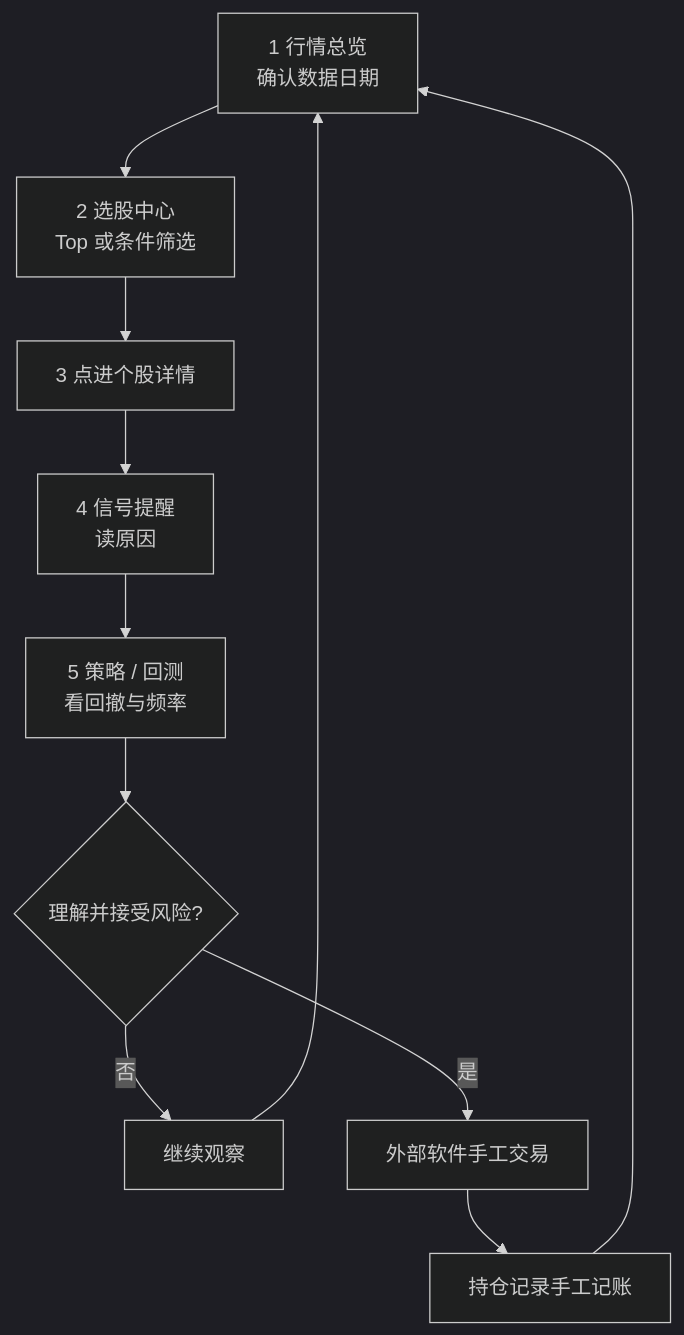
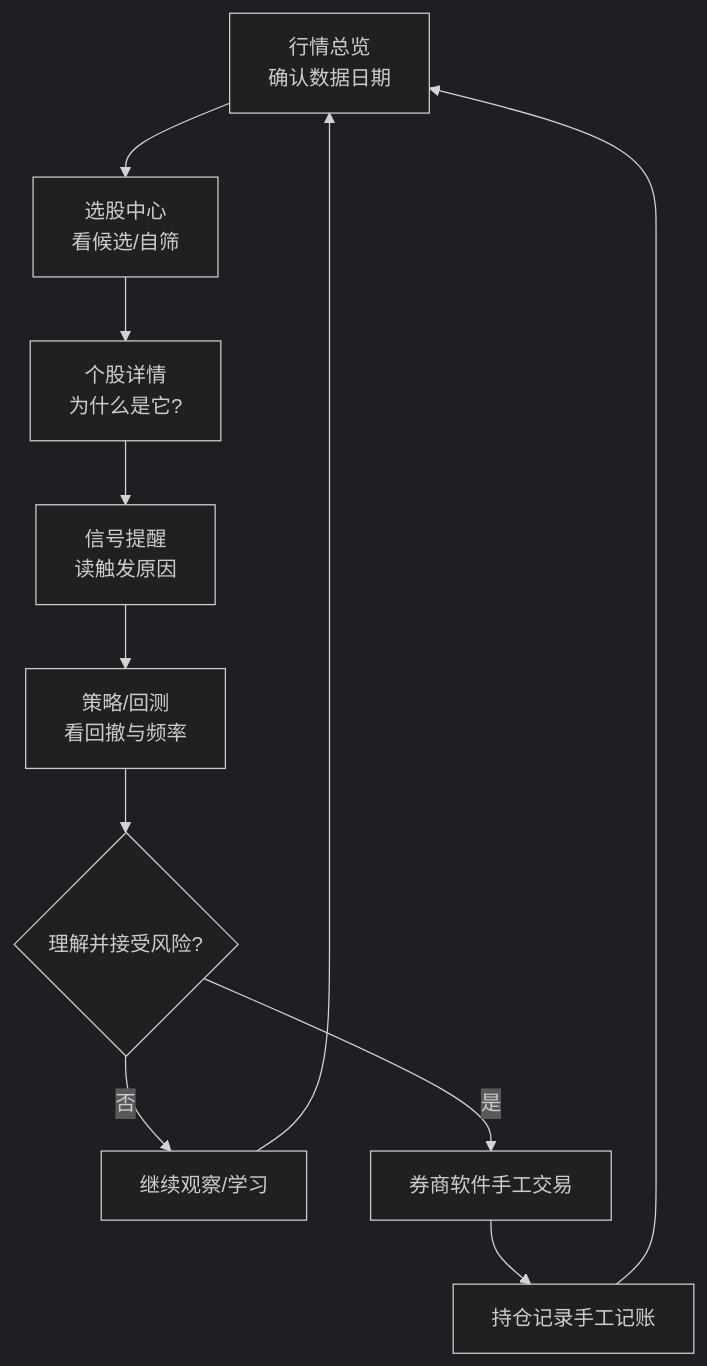
Before and after one commit to hankjs/trace: the fourth of 4 diagrams in quant/slidev/slides.md, drawn with Mermaid (dark theme). The commit also changed other lines of this file, not shown here.

````diff
--- a/quant/slidev/slides.md
+++ b/quant/slidev/slides.md
@@ -741,13 +618,13 @@
 ```mermaid
 flowchart TD
-  A[1 行情总览<br/>确认数据日期] --> B[2 选股中心<br/>Top 或条件筛选]
-  B --> C[3 点进个股详情]
-  C --> D[4 信号提醒<br/>读原因]
-  D --> E[5 策略 / 回测<br/>看回撤与频率]
+  A[行情总览<br/>确认数据日期] --> B[选股中心<br/>看候选/自筛]
+  B --> C[个股详情<br/>为什么是它?]
+  C --> D[信号提醒<br/>读触发原因]
+  D --> E[策略/回测<br/>看回撤与频率]
   E --> F{理解并接受风险?}
-  F -->|否| G[继续观察]
-  F -->|是| H[外部软件手工交易]
+  F -->|否| G[继续观察/学习]
+  F -->|是| H[券商软件手工交易]
   H --> I[持仓记录手工记账]
   G --> A
   I --> A
 ```
````
